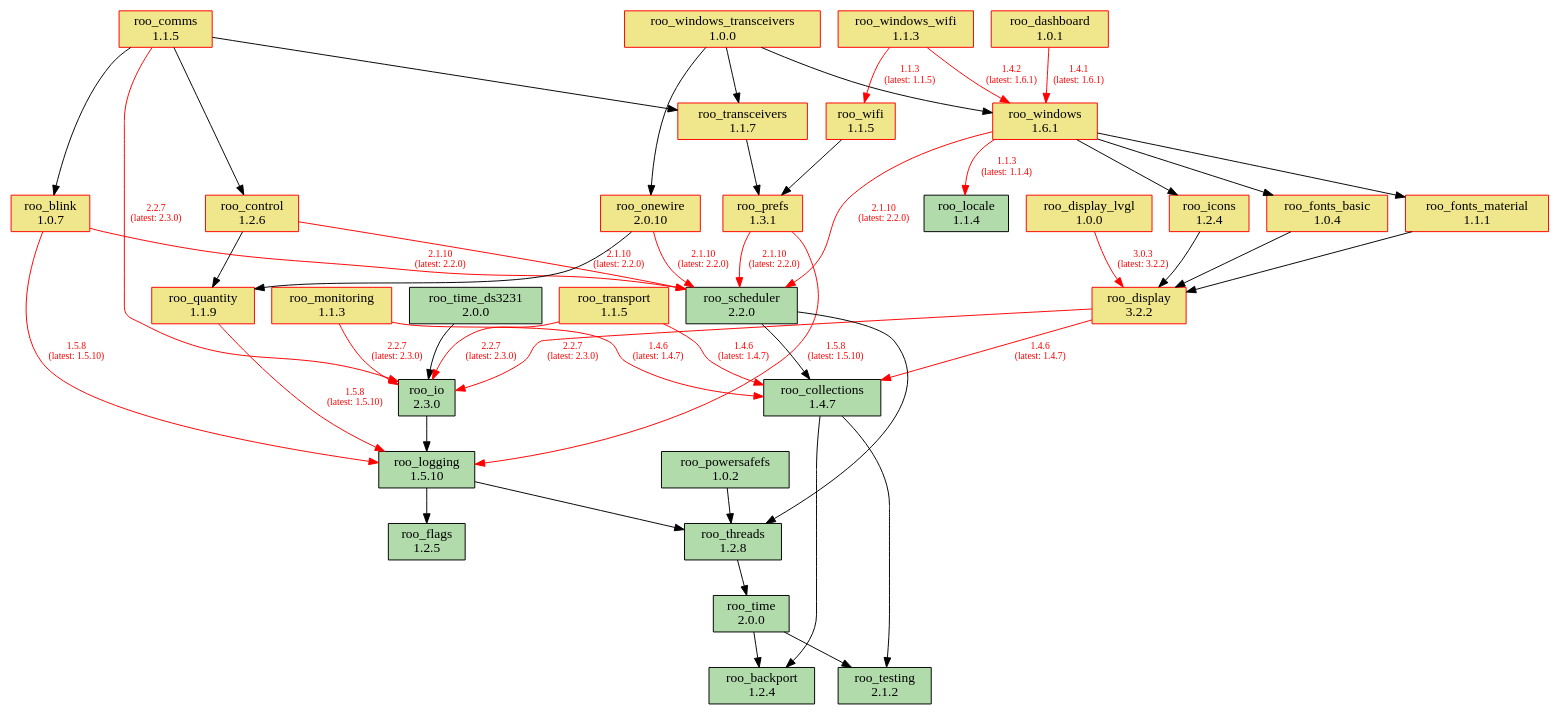
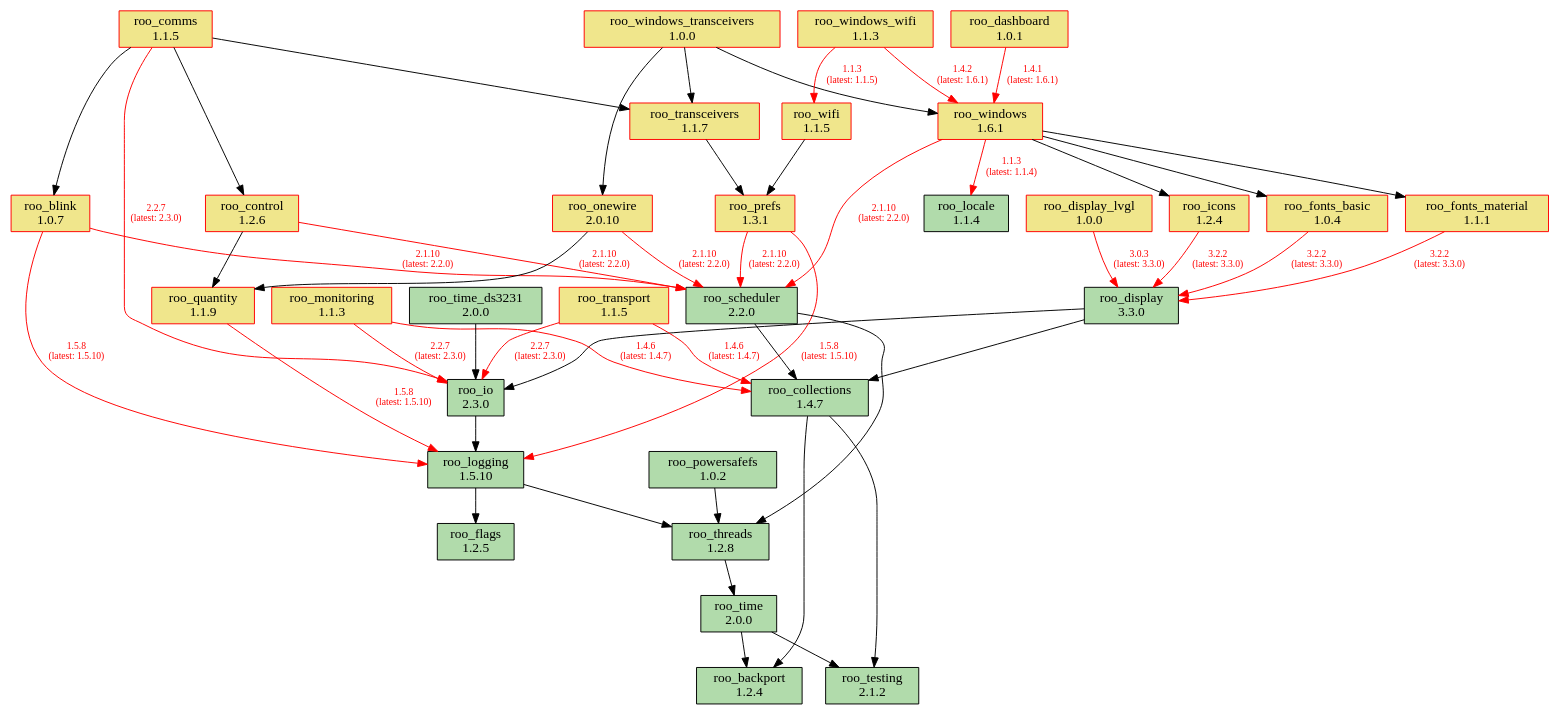
Before and after one commit to dejwk/roo-registry: the diagram in doc/dependencies.dot, drawn with Graphviz. The commit also changed 3 other files, not shown here.

Commit message:
Added roo_display 3.3.0 to the registry.

```diff
--- a/doc/dependencies.dot
+++ b/doc/dependencies.dot
@@ -1,88 +1,88 @@
 digraph dependencies {
     rankdir=TB;
     node [shape=box, style=filled];
     edge [fontsize=10];
 
     // Modules
     "roo_backport" [label="roo_backport\n1.2.4", fillcolor="#b1dbab", color="black"];
     "roo_blink" [label="roo_blink\n1.0.7", fillcolor="khaki", color="red"];
     "roo_collections" [label="roo_collections\n1.4.7", fillcolor="#b1dbab", color="black"];
     "roo_comms" [label="roo_comms\n1.1.5", fillcolor="khaki", color="red"];
     "roo_control" [label="roo_control\n1.2.6", fillcolor="khaki", color="red"];
     "roo_dashboard" [label="roo_dashboard\n1.0.1", fillcolor="khaki", color="red"];
-    "roo_display" [label="roo_display\n3.2.2", fillcolor="khaki", color="red"];
+    "roo_display" [label="roo_display\n3.3.0", fillcolor="#b1dbab", color="black"];
     "roo_display_lvgl" [label="roo_display_lvgl\n1.0.0", fillcolor="khaki", color="red"];
     "roo_flags" [label="roo_flags\n1.2.5", fillcolor="#b1dbab", color="black"];
     "roo_fonts_basic" [label="roo_fonts_basic\n1.0.4", fillcolor="khaki", color="red"];
     "roo_fonts_material" [label="roo_fonts_material\n1.1.1", fillcolor="khaki", color="red"];
     "roo_icons" [label="roo_icons\n1.2.4", fillcolor="khaki", color="red"];
     "roo_io" [label="roo_io\n2.3.0", fillcolor="#b1dbab", color="black"];
     "roo_locale" [label="roo_locale\n1.1.4", fillcolor="#b1dbab", color="black"];
     "roo_logging" [label="roo_logging\n1.5.10", fillcolor="#b1dbab", color="black"];
     "roo_monitoring" [label="roo_monitoring\n1.1.3", fillcolor="khaki", color="red"];
     "roo_onewire" [label="roo_onewire\n2.0.10", fillcolor="khaki", color="red"];
     "roo_powersafefs" [label="roo_powersafefs\n1.0.2", fillcolor="#b1dbab", color="black"];
     "roo_prefs" [label="roo_prefs\n1.3.1", fillcolor="khaki", color="red"];
     "roo_quantity" [label="roo_quantity\n1.1.9", fillcolor="khaki", color="red"];
     "roo_scheduler" [label="roo_scheduler\n2.2.0", fillcolor="#b1dbab", color="black"];
     "roo_testing" [label="roo_testing\n2.1.2", fillcolor="#b1dbab", color="black"];
     "roo_threads" [label="roo_threads\n1.2.8", fillcolor="#b1dbab", color="black"];
     "roo_time" [label="roo_time\n2.0.0", fillcolor="#b1dbab", color="black"];
     "roo_time_ds3231" [label="roo_time_ds3231\n2.0.0", fillcolor="#b1dbab", color="black"];
     "roo_transceivers" [label="roo_transceivers\n1.1.7", fillcolor="khaki", color="red"];
     "roo_transport" [label="roo_transport\n1.1.5", fillcolor="khaki", color="red"];
     "roo_wifi" [label="roo_wifi\n1.1.5", fillcolor="khaki", color="red"];
     "roo_windows" [label="roo_windows\n1.6.1", fillcolor="khaki", color="red"];
     "roo_windows_transceivers" [label="roo_windows_transceivers\n1.0.0", fillcolor="khaki", color="red"];
     "roo_windows_wifi" [label="roo_windows_wifi\n1.1.3", fillcolor="khaki", color="red"];
 
     // Dependencies
     "roo_blink" -> "roo_logging" [color=red, fontcolor=red, label="1.5.8\n(latest: 1.5.10)"];
     "roo_blink" -> "roo_scheduler" [color=red, fontcolor=red, label="2.1.10\n(latest: 2.2.0)"];
     "roo_collections" -> "roo_testing";
     "roo_collections" -> "roo_backport";
     "roo_comms" -> "roo_blink";
     "roo_comms" -> "roo_control";
     "roo_comms" -> "roo_io" [color=red, fontcolor=red, label="2.2.7\n(latest: 2.3.0)"];
     "roo_comms" -> "roo_transceivers";
     "roo_control" -> "roo_quantity";
     "roo_control" -> "roo_scheduler" [color=red, fontcolor=red, label="2.1.10\n(latest: 2.2.0)"];
     "roo_dashboard" -> "roo_windows" [color=red, fontcolor=red, label="1.4.1\n(latest: 1.6.1)"];
-    "roo_display" -> "roo_collections" [color=red, fontcolor=red, label="1.4.6\n(latest: 1.4.7)"];
-    "roo_display" -> "roo_io" [color=red, fontcolor=red, label="2.2.7\n(latest: 2.3.0)"];
-    "roo_display_lvgl" -> "roo_display" [color=red, fontcolor=red, label="3.0.3\n(latest: 3.2.2)"];
-    "roo_fonts_basic" -> "roo_display";
-    "roo_fonts_material" -> "roo_display";
-    "roo_icons" -> "roo_display";
+    "roo_display" -> "roo_collections";
+    "roo_display" -> "roo_io";
+    "roo_display_lvgl" -> "roo_display" [color=red, fontcolor=red, label="3.0.3\n(latest: 3.3.0)"];
+    "roo_fonts_basic" -> "roo_display" [color=red, fontcolor=red, label="3.2.2\n(latest: 3.3.0)"];
+    "roo_fonts_material" -> "roo_display" [color=red, fontcolor=red, label="3.2.2\n(latest: 3.3.0)"];
+    "roo_icons" -> "roo_display" [color=red, fontcolor=red, label="3.2.2\n(latest: 3.3.0)"];
     "roo_io" -> "roo_logging";
     "roo_logging" -> "roo_flags";
     "roo_logging" -> "roo_threads";
     "roo_monitoring" -> "roo_collections" [color=red, fontcolor=red, label="1.4.6\n(latest: 1.4.7)"];
     "roo_monitoring" -> "roo_io" [color=red, fontcolor=red, label="2.2.7\n(latest: 2.3.0)"];
     "roo_onewire" -> "roo_scheduler" [color=red, fontcolor=red, label="2.1.10\n(latest: 2.2.0)"];
     "roo_onewire" -> "roo_quantity";
     "roo_powersafefs" -> "roo_threads";
     "roo_prefs" -> "roo_logging" [color=red, fontcolor=red, label="1.5.8\n(latest: 1.5.10)"];
     "roo_prefs" -> "roo_scheduler" [color=red, fontcolor=red, label="2.1.10\n(latest: 2.2.0)"];
     "roo_quantity" -> "roo_logging" [color=red, fontcolor=red, label="1.5.8\n(latest: 1.5.10)"];
     "roo_scheduler" -> "roo_collections";
     "roo_scheduler" -> "roo_threads";
     "roo_threads" -> "roo_time";
     "roo_time" -> "roo_testing";
     "roo_time" -> "roo_backport";
     "roo_time_ds3231" -> "roo_io";
     "roo_transceivers" -> "roo_prefs";
     "roo_transport" -> "roo_collections" [color=red, fontcolor=red, label="1.4.6\n(latest: 1.4.7)"];
     "roo_transport" -> "roo_io" [color=red, fontcolor=red, label="2.2.7\n(latest: 2.3.0)"];
     "roo_wifi" -> "roo_prefs";
     "roo_windows" -> "roo_fonts_basic";
     "roo_windows" -> "roo_fonts_material";
     "roo_windows" -> "roo_locale" [color=red, fontcolor=red, label="1.1.3\n(latest: 1.1.4)"];
     "roo_windows" -> "roo_icons";
     "roo_windows" -> "roo_scheduler" [color=red, fontcolor=red, label="2.1.10\n(latest: 2.2.0)"];
     "roo_windows_transceivers" -> "roo_onewire";
     "roo_windows_transceivers" -> "roo_transceivers";
     "roo_windows_transceivers" -> "roo_windows";
     "roo_windows_wifi" -> "roo_wifi" [color=red, fontcolor=red, label="1.1.3\n(latest: 1.1.5)"];
     "roo_windows_wifi" -> "roo_windows" [color=red, fontcolor=red, label="1.4.2\n(latest: 1.6.1)"];
 }
```
